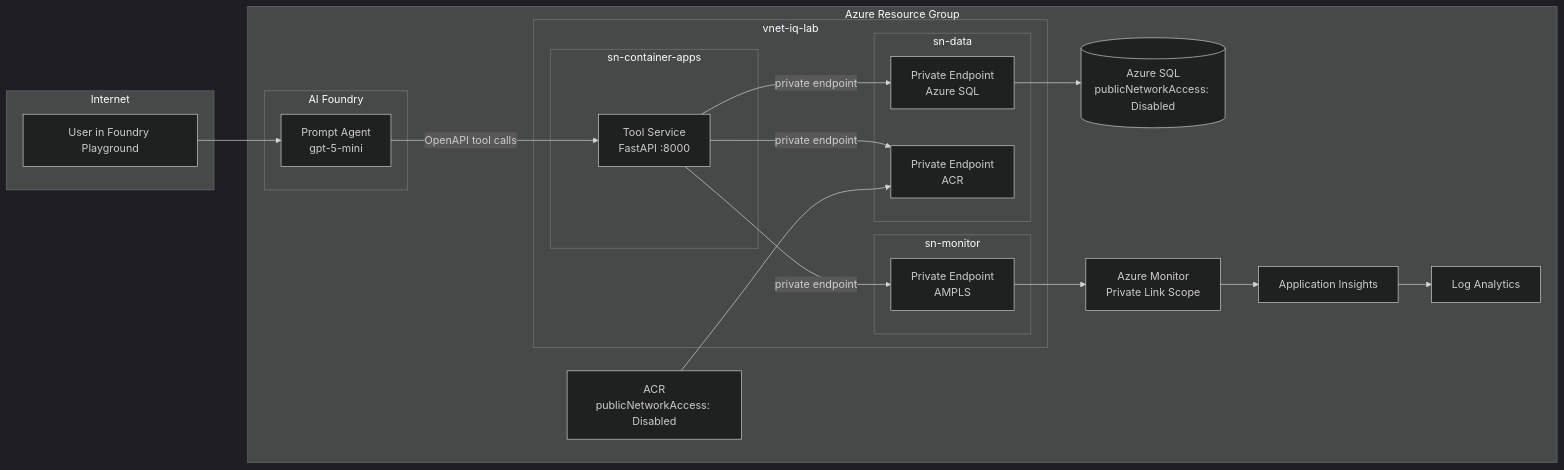
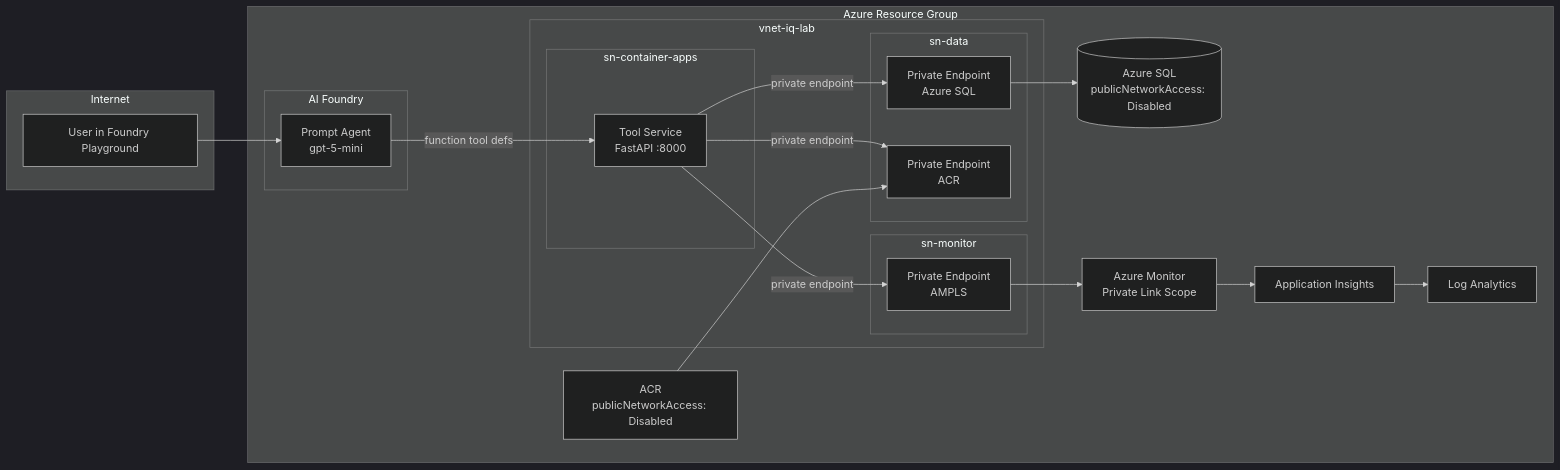
Before and after one commit to aionic/IQ-Workshop: the second of 3 diagrams in docs/architecture.md, drawn with Mermaid (dark theme). The commit also changed other lines of this file and 8 other files, not shown here.

First line of the commit message:
refactor: Responses API function tools for gpt-5-mini, self-hosted ACA pattern

````diff
--- a/docs/architecture.md
+++ b/docs/architecture.md
@@ -59,37 +62,37 @@
 ```mermaid
 flowchart LR
   subgraph Internet
     U[User in Foundry Playground]
   end
 
   subgraph Azure["Azure Resource Group"]
     subgraph Foundry["AI Foundry"]
       PA[Prompt Agent<br/>gpt-5-mini]
     end
     subgraph VNet["vnet-iq-lab"]
       subgraph sn_app["sn-container-apps"]
         CA[Tool Service<br/>FastAPI :8000]
       end
       subgraph sn_data["sn-data"]
         PE_SQL[Private Endpoint<br/>Azure SQL]
         PE_ACR[Private Endpoint<br/>ACR]
       end
       subgraph sn_mon["sn-monitor"]
         PE_MON[Private Endpoint<br/>AMPLS]
       end
     end
     SQL[(Azure SQL<br/>publicNetworkAccess: Disabled)]
     ACR[ACR<br/>publicNetworkAccess: Disabled]
     AI[Application Insights]
     LA[Log Analytics]
     AMPLS[Azure Monitor<br/>Private Link Scope]
   end
 
   U --> PA
-  PA -->|OpenAPI tool calls| CA
+  PA -->|function tool defs| CA
   CA -->|private endpoint| PE_SQL --> SQL
   CA -->|private endpoint| PE_ACR
   ACR --> PE_ACR
   CA -->|private endpoint| PE_MON --> AMPLS
   AMPLS --> AI --> LA
 ```
````
